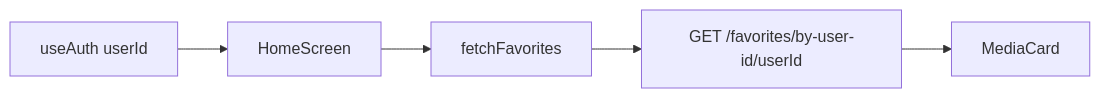
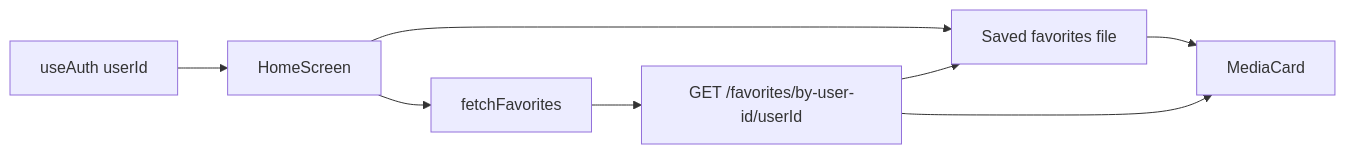
Before and after one commit to developedbyluan/learn-offline: the diagram in docs/remote-favorites.md, drawn with Mermaid. The commit also changed other lines of this file and 3 other files, not shown here.

Commit message:
offline feature: clerk sign-in + favorites screen

````diff
--- a/docs/remote-favorites.md
+++ b/docs/remote-favorites.md
@@ -11,7 +13,10 @@
 ```mermaid
 flowchart LR
   ClerkAuth["useAuth userId"] --> HomeScreen
+  HomeScreen --> Cache["Saved favorites file"]
   HomeScreen --> fetchFavorites
   fetchFavorites --> Api["GET /favorites/by-user-id/userId"]
+  Api --> Cache
+  Cache --> MediaCard
   Api --> MediaCard
 ```
````
